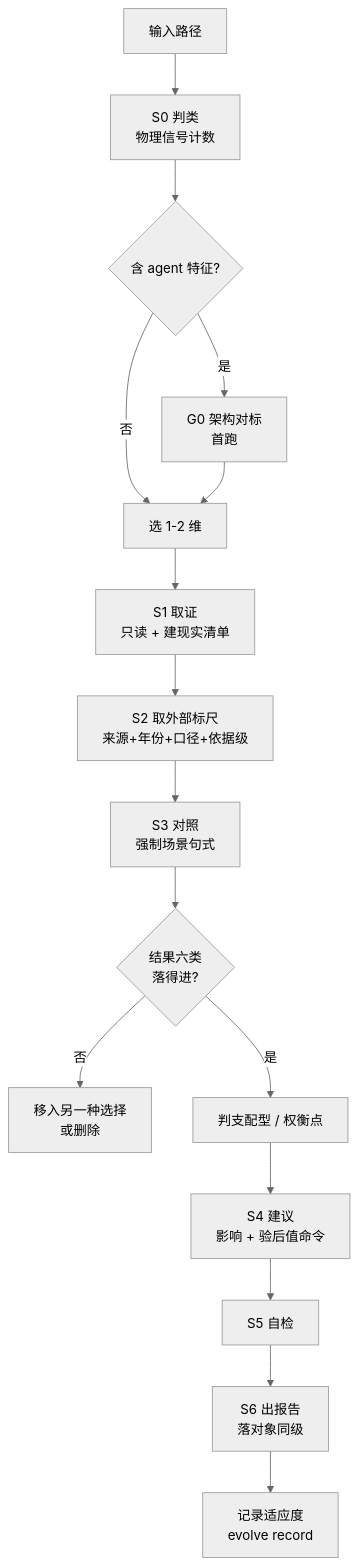
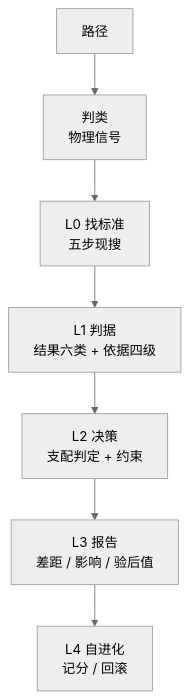
One commit to Meixiaocao/tashan changed the diagram in README.md. Above: the diagram before and after it, drawn with Mermaid (neutral theme). The commit also changed other lines of this file, not shown here.

````diff
--- a/README.md
+++ b/README.md
@@ -90,18 +256,9 @@
 ```mermaid
 flowchart TD
-    A[输入路径] --> B[S0 判类<br/>物理信号计数]
-    B --> C{含 agent 特征?}
-    C -->|是| D[G0 架构对标<br/>首跑]
-    C -->|否| E[选维]
-    D --> E[选 1-2 维]
-    E --> F[S1 取证<br/>只读 + 建现实清单]
-    F --> G[S2 取外部标尺<br/>来源+年份+口径+依据级]
-    G --> H[S3 对照<br/>强制场景句式]
-    H --> I{结果六类<br/>落得进?}
-    I -->|否| J[移入另一种选择<br/>或删除]
-    I -->|是| K[判支配型 / 权衡点]
-    K --> L[S4 建议<br/>影响 + 验后值命令]
-    L --> M[S5 自检]
-    M --> N[S6 出报告<br/>落对象同级]
-    N --> O[记录适应度<br/>evolve record]
+    A[路径] --> B[判类<br/>物理信号]
+    B --> C[L0 找标准<br/>五步现搜]
+    C --> D[L1 判据<br/>结果六类 + 依据四级]
+    D --> E[L2 决策<br/>支配判定 + 约束]
+    E --> F[L3 报告<br/>差距 / 影响 / 验后值]
+    F --> G[L4 自进化<br/>记分 / 回滚]
 ```
````
